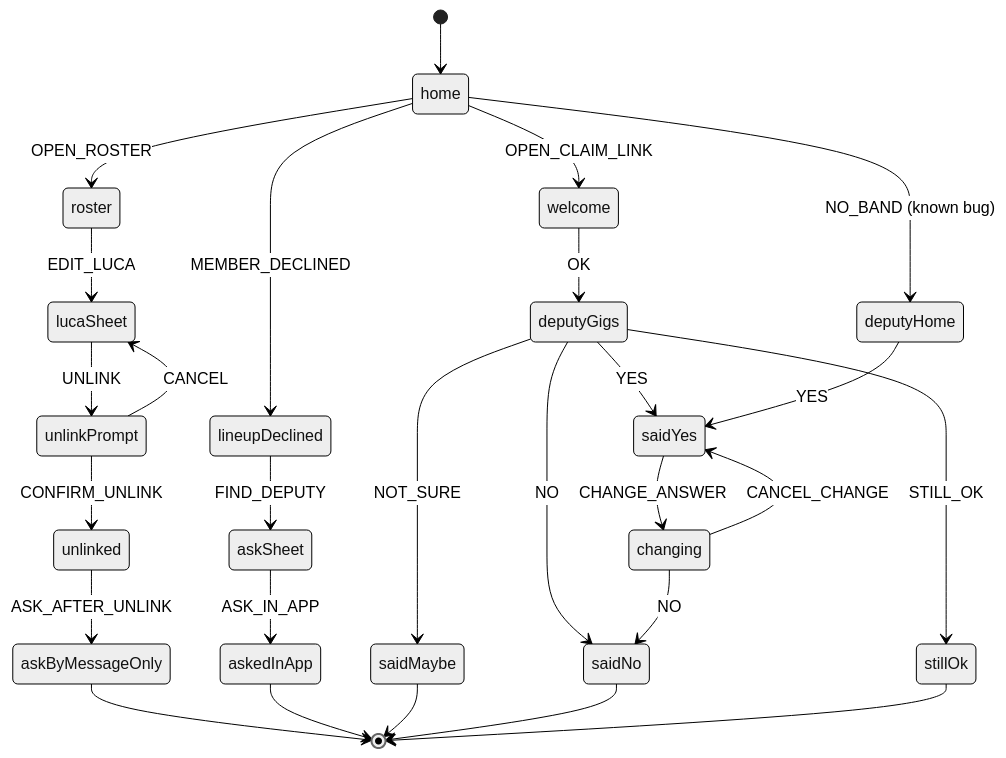
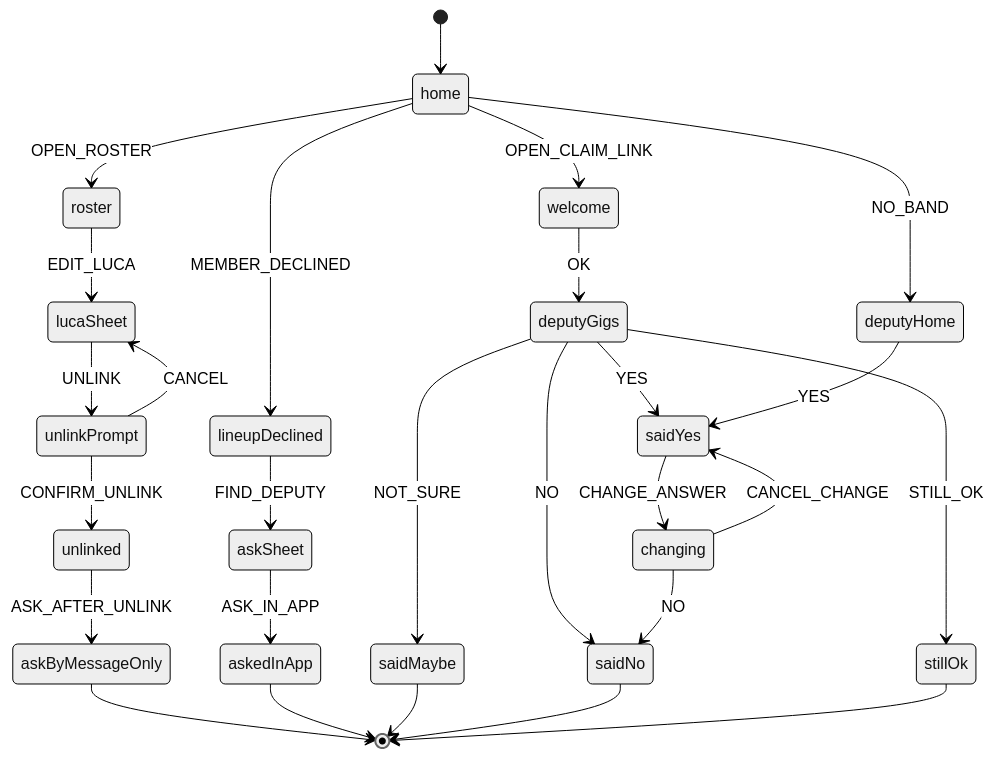
One commit to bandwith-app/BandWith changed the diagram in docs/lifecycles/deputy.md. Above: the diagram before and after it, drawn with Mermaid (neutral theme). The commit also changed other lines of this file and 4 other files, not shown here.

````diff
--- a/docs/lifecycles/deputy.md
+++ b/docs/lifecycles/deputy.md
@@ -9,29 +9,29 @@
 ```mermaid
 stateDiagram-v2
   [*] --> home
   home --> roster : OPEN_ROSTER
   home --> lineupDeclined : MEMBER_DECLINED
   home --> welcome : OPEN_CLAIM_LINK
-  home --> deputyHome : NO_BAND (known bug)
+  home --> deputyHome : NO_BAND
   roster --> lucaSheet : EDIT_LUCA
   lucaSheet --> unlinkPrompt : UNLINK
   unlinkPrompt --> lucaSheet : CANCEL
   unlinkPrompt --> unlinked : CONFIRM_UNLINK
   unlinked --> askByMessageOnly : ASK_AFTER_UNLINK
   lineupDeclined --> askSheet : FIND_DEPUTY
   askSheet --> askedInApp : ASK_IN_APP
   welcome --> deputyGigs : OK
   deputyGigs --> saidYes : YES
   deputyGigs --> saidMaybe : NOT_SURE
   deputyGigs --> saidNo : NO
   deputyGigs --> stillOk : STILL_OK
   saidYes --> changing : CHANGE_ANSWER
   changing --> saidNo : NO
   changing --> saidYes : CANCEL_CHANGE
   deputyHome --> saidYes : YES
   askByMessageOnly --> [*]
   askedInApp --> [*]
   saidMaybe --> [*]
   saidNo --> [*]
   stillOk --> [*]
 ```
````
